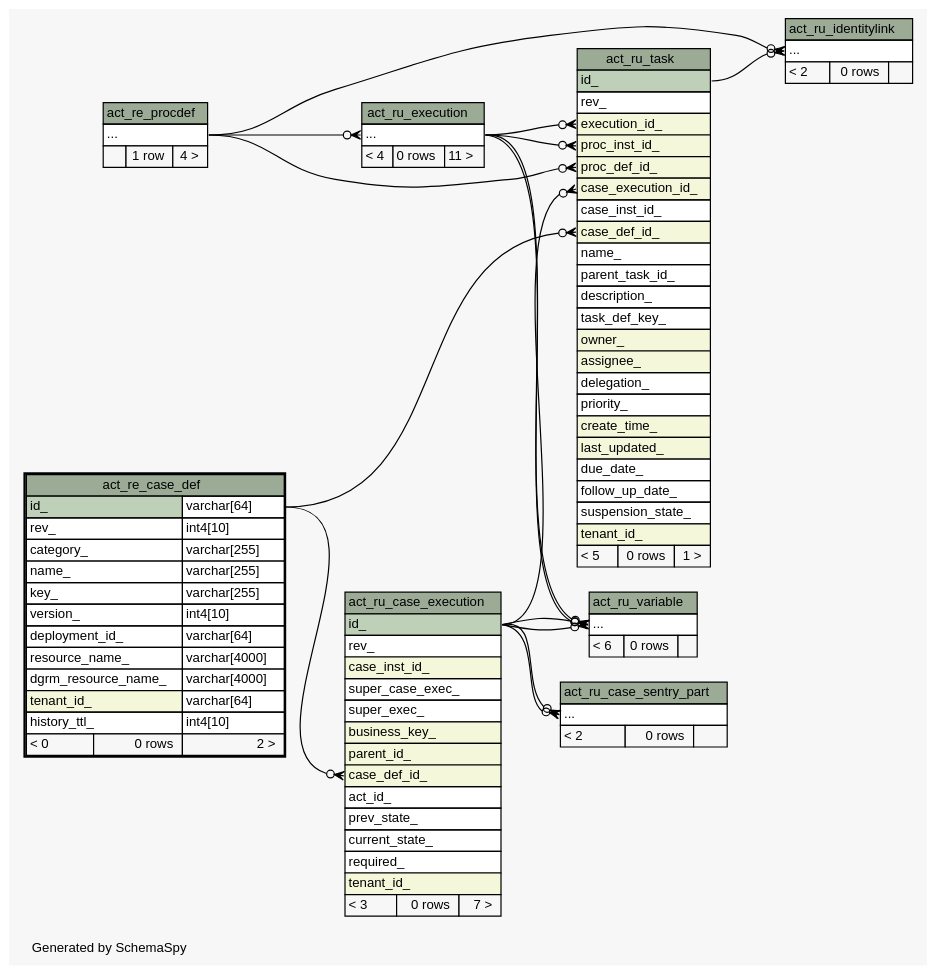
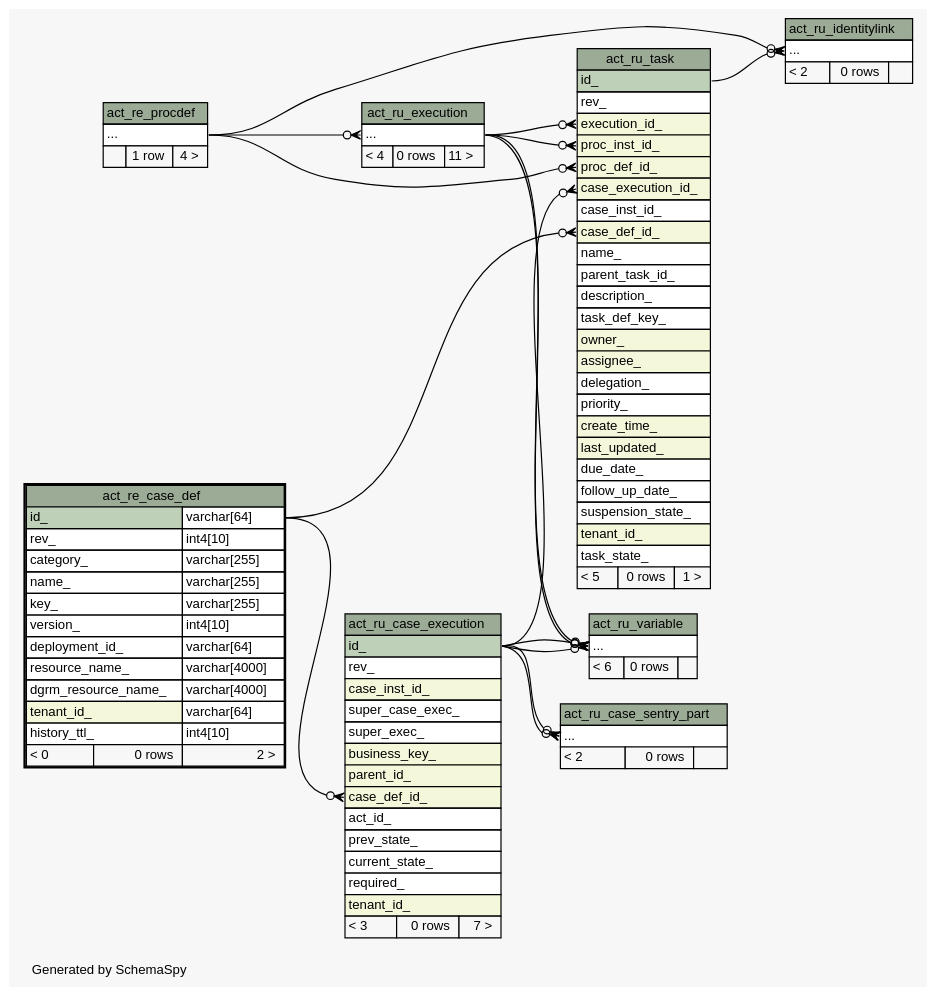
One commit to openwms/org.openwms.tms.routing.lib changed the diagram in 2.0.0-SNAPSHOT/schemaspy/diagrams/act_re_case_def.2degrees.dot. Above: the diagram before and after it, drawn with Graphviz. The commit also changed 614 other files, not shown here.

```diff
--- a/2.0.0-SNAPSHOT/schemaspy/diagrams/act_re_case_def.2degrees.dot
+++ b/2.0.0-SNAPSHOT/schemaspy/diagrams/act_re_case_def.2degrees.dot
@@ -1,160 +1,161 @@
 // dot 2.43.0 on Linux 6.5.0-1025-azure
 // SchemaSpy rev Unknown
 digraph "twoDegreesRelationshipsDiagram" {
   graph [
     rankdir="RL"
     bgcolor="#f7f7f7"
     label="\nGenerated by SchemaSpy"
     labeljust="l"
     nodesep="0.18"
     ranksep="0.46"
     fontname="Helvetica"
     fontsize="11"
   ];
   node [
     fontname="Helvetica"
     fontsize="11"
     shape="plaintext"
   ];
   edge [
     arrowsize="0.8"
   ];
   "act_ru_case_execution":"case_def_id_":w -> "act_re_case_def":"id_.type":e [arrowhead=none dir=back arrowtail=crowodot];
   "act_ru_case_sentry_part":"elipses":w -> "act_ru_case_execution":"id_":e [arrowhead=none dir=back arrowtail=crowodot];
   "act_ru_case_sentry_part":"elipses":w -> "act_ru_case_execution":"id_":e [arrowhead=none dir=back arrowtail=crowodot];
   "act_ru_execution":"elipses":w -> "act_re_procdef":"elipses":e [arrowhead=none dir=back arrowtail=crowodot];
   "act_ru_identitylink":"elipses":w -> "act_re_procdef":"elipses":e [arrowhead=none dir=back arrowtail=crowodot];
   "act_ru_identitylink":"elipses":w -> "act_ru_task":"id_":e [arrowhead=none dir=back arrowtail=crowodot];
   "act_ru_task":"case_def_id_":w -> "act_re_case_def":"id_.type":e [arrowhead=none dir=back arrowtail=crowodot];
   "act_ru_task":"case_execution_id_":w -> "act_ru_case_execution":"id_":e [arrowhead=none dir=back arrowtail=crowodot];
   "act_ru_task":"execution_id_":w -> "act_ru_execution":"elipses":e [arrowhead=none dir=back arrowtail=crowodot];
   "act_ru_task":"proc_def_id_":w -> "act_re_procdef":"elipses":e [arrowhead=none dir=back arrowtail=crowodot];
   "act_ru_task":"proc_inst_id_":w -> "act_ru_execution":"elipses":e [arrowhead=none dir=back arrowtail=crowodot];
   "act_ru_variable":"elipses":w -> "act_ru_case_execution":"id_":e [arrowhead=none dir=back arrowtail=crowodot];
   "act_ru_variable":"elipses":w -> "act_ru_case_execution":"id_":e [arrowhead=none dir=back arrowtail=crowodot];
   "act_ru_variable":"elipses":w -> "act_ru_execution":"elipses":e [arrowhead=none dir=back arrowtail=crowodot];
   "act_ru_variable":"elipses":w -> "act_ru_execution":"elipses":e [arrowhead=none dir=back arrowtail=crowodot];
   "act_re_case_def" [
     label=<
     <TABLE BORDER="2" CELLBORDER="1" CELLSPACING="0" BGCOLOR="#ffffff">
       <TR><TD COLSPAN="3" BGCOLOR="#9bab96" ALIGN="CENTER">act_re_case_def</TD></TR>
       <TR><TD PORT="id_" COLSPAN="2" BGCOLOR="#bed1b8" ALIGN="LEFT">id_</TD><TD PORT="id_.type" ALIGN="LEFT">varchar[64]</TD></TR>
       <TR><TD PORT="rev_" COLSPAN="2" ALIGN="LEFT">rev_</TD><TD PORT="rev_.type" ALIGN="LEFT">int4[10]</TD></TR>
       <TR><TD PORT="category_" COLSPAN="2" ALIGN="LEFT">category_</TD><TD PORT="category_.type" ALIGN="LEFT">varchar[255]</TD></TR>
       <TR><TD PORT="name_" COLSPAN="2" ALIGN="LEFT">name_</TD><TD PORT="name_.type" ALIGN="LEFT">varchar[255]</TD></TR>
       <TR><TD PORT="key_" COLSPAN="2" ALIGN="LEFT">key_</TD><TD PORT="key_.type" ALIGN="LEFT">varchar[255]</TD></TR>
       <TR><TD PORT="version_" COLSPAN="2" ALIGN="LEFT">version_</TD><TD PORT="version_.type" ALIGN="LEFT">int4[10]</TD></TR>
       <TR><TD PORT="deployment_id_" COLSPAN="2" ALIGN="LEFT">deployment_id_</TD><TD PORT="deployment_id_.type" ALIGN="LEFT">varchar[64]</TD></TR>
       <TR><TD PORT="resource_name_" COLSPAN="2" ALIGN="LEFT">resource_name_</TD><TD PORT="resource_name_.type" ALIGN="LEFT">varchar[4000]</TD></TR>
       <TR><TD PORT="dgrm_resource_name_" COLSPAN="2" ALIGN="LEFT">dgrm_resource_name_</TD><TD PORT="dgrm_resource_name_.type" ALIGN="LEFT">varchar[4000]</TD></TR>
       <TR><TD PORT="tenant_id_" COLSPAN="2" BGCOLOR="#f4f7da" ALIGN="LEFT">tenant_id_</TD><TD PORT="tenant_id_.type" ALIGN="LEFT">varchar[64]</TD></TR>
       <TR><TD PORT="history_ttl_" COLSPAN="2" ALIGN="LEFT">history_ttl_</TD><TD PORT="history_ttl_.type" ALIGN="LEFT">int4[10]</TD></TR>
       <TR><TD ALIGN="LEFT" BGCOLOR="#f7f7f7">&lt; 0</TD><TD ALIGN="RIGHT" BGCOLOR="#f7f7f7">0 rows</TD><TD ALIGN="RIGHT" BGCOLOR="#f7f7f7">2 &gt;</TD></TR>
     </TABLE>>
     URL="act_re_case_def.html"
     tooltip="act_re_case_def"
   ];
   "act_re_procdef" [
     label=<
     <TABLE BORDER="0" CELLBORDER="1" CELLSPACING="0" BGCOLOR="#ffffff">
       <TR><TD COLSPAN="3" BGCOLOR="#9bab96" ALIGN="CENTER">act_re_procdef</TD></TR>
       <TR><TD PORT="elipses" COLSPAN="3" ALIGN="LEFT">...</TD></TR>
       <TR><TD ALIGN="LEFT" BGCOLOR="#f7f7f7">  </TD><TD ALIGN="RIGHT" BGCOLOR="#f7f7f7">1 row</TD><TD ALIGN="RIGHT" BGCOLOR="#f7f7f7">4 &gt;</TD></TR>
     </TABLE>>
     URL="act_re_procdef.html"
     tooltip="act_re_procdef"
   ];
   "act_ru_case_execution" [
     label=<
     <TABLE BORDER="0" CELLBORDER="1" CELLSPACING="0" BGCOLOR="#ffffff">
       <TR><TD COLSPAN="3" BGCOLOR="#9bab96" ALIGN="CENTER">act_ru_case_execution</TD></TR>
       <TR><TD PORT="id_" COLSPAN="3" BGCOLOR="#bed1b8" ALIGN="LEFT">id_</TD></TR>
       <TR><TD PORT="rev_" COLSPAN="3" ALIGN="LEFT">rev_</TD></TR>
       <TR><TD PORT="case_inst_id_" COLSPAN="3" BGCOLOR="#f4f7da" ALIGN="LEFT">case_inst_id_</TD></TR>
       <TR><TD PORT="super_case_exec_" COLSPAN="3" ALIGN="LEFT">super_case_exec_</TD></TR>
       <TR><TD PORT="super_exec_" COLSPAN="3" ALIGN="LEFT">super_exec_</TD></TR>
       <TR><TD PORT="business_key_" COLSPAN="3" BGCOLOR="#f4f7da" ALIGN="LEFT">business_key_</TD></TR>
       <TR><TD PORT="parent_id_" COLSPAN="3" BGCOLOR="#f4f7da" ALIGN="LEFT">parent_id_</TD></TR>
       <TR><TD PORT="case_def_id_" COLSPAN="3" BGCOLOR="#f4f7da" ALIGN="LEFT">case_def_id_</TD></TR>
       <TR><TD PORT="act_id_" COLSPAN="3" ALIGN="LEFT">act_id_</TD></TR>
       <TR><TD PORT="prev_state_" COLSPAN="3" ALIGN="LEFT">prev_state_</TD></TR>
       <TR><TD PORT="current_state_" COLSPAN="3" ALIGN="LEFT">current_state_</TD></TR>
       <TR><TD PORT="required_" COLSPAN="3" ALIGN="LEFT">required_</TD></TR>
       <TR><TD PORT="tenant_id_" COLSPAN="3" BGCOLOR="#f4f7da" ALIGN="LEFT">tenant_id_</TD></TR>
       <TR><TD ALIGN="LEFT" BGCOLOR="#f7f7f7">&lt; 3</TD><TD ALIGN="RIGHT" BGCOLOR="#f7f7f7">0 rows</TD><TD ALIGN="RIGHT" BGCOLOR="#f7f7f7">7 &gt;</TD></TR>
     </TABLE>>
     URL="act_ru_case_execution.html"
     tooltip="act_ru_case_execution"
   ];
   "act_ru_case_sentry_part" [
     label=<
     <TABLE BORDER="0" CELLBORDER="1" CELLSPACING="0" BGCOLOR="#ffffff">
       <TR><TD COLSPAN="3" BGCOLOR="#9bab96" ALIGN="CENTER">act_ru_case_sentry_part</TD></TR>
       <TR><TD PORT="elipses" COLSPAN="3" ALIGN="LEFT">...</TD></TR>
       <TR><TD ALIGN="LEFT" BGCOLOR="#f7f7f7">&lt; 2</TD><TD ALIGN="RIGHT" BGCOLOR="#f7f7f7">0 rows</TD><TD ALIGN="RIGHT" BGCOLOR="#f7f7f7">  </TD></TR>
     </TABLE>>
     URL="act_ru_case_sentry_part.html"
     tooltip="act_ru_case_sentry_part"
   ];
   "act_ru_execution" [
     label=<
     <TABLE BORDER="0" CELLBORDER="1" CELLSPACING="0" BGCOLOR="#ffffff">
       <TR><TD COLSPAN="3" BGCOLOR="#9bab96" ALIGN="CENTER">act_ru_execution</TD></TR>
       <TR><TD PORT="elipses" COLSPAN="3" ALIGN="LEFT">...</TD></TR>
       <TR><TD ALIGN="LEFT" BGCOLOR="#f7f7f7">&lt; 4</TD><TD ALIGN="RIGHT" BGCOLOR="#f7f7f7">0 rows</TD><TD ALIGN="RIGHT" BGCOLOR="#f7f7f7">11 &gt;</TD></TR>
     </TABLE>>
     URL="act_ru_execution.html"
     tooltip="act_ru_execution"
   ];
   "act_ru_identitylink" [
     label=<
     <TABLE BORDER="0" CELLBORDER="1" CELLSPACING="0" BGCOLOR="#ffffff">
       <TR><TD COLSPAN="3" BGCOLOR="#9bab96" ALIGN="CENTER">act_ru_identitylink</TD></TR>
       <TR><TD PORT="elipses" COLSPAN="3" ALIGN="LEFT">...</TD></TR>
       <TR><TD ALIGN="LEFT" BGCOLOR="#f7f7f7">&lt; 2</TD><TD ALIGN="RIGHT" BGCOLOR="#f7f7f7">0 rows</TD><TD ALIGN="RIGHT" BGCOLOR="#f7f7f7">  </TD></TR>
     </TABLE>>
     URL="act_ru_identitylink.html"
     tooltip="act_ru_identitylink"
   ];
   "act_ru_task" [
     label=<
     <TABLE BORDER="0" CELLBORDER="1" CELLSPACING="0" BGCOLOR="#ffffff">
       <TR><TD COLSPAN="3" BGCOLOR="#9bab96" ALIGN="CENTER">act_ru_task</TD></TR>
       <TR><TD PORT="id_" COLSPAN="3" BGCOLOR="#bed1b8" ALIGN="LEFT">id_</TD></TR>
       <TR><TD PORT="rev_" COLSPAN="3" ALIGN="LEFT">rev_</TD></TR>
       <TR><TD PORT="execution_id_" COLSPAN="3" BGCOLOR="#f4f7da" ALIGN="LEFT">execution_id_</TD></TR>
       <TR><TD PORT="proc_inst_id_" COLSPAN="3" BGCOLOR="#f4f7da" ALIGN="LEFT">proc_inst_id_</TD></TR>
       <TR><TD PORT="proc_def_id_" COLSPAN="3" BGCOLOR="#f4f7da" ALIGN="LEFT">proc_def_id_</TD></TR>
       <TR><TD PORT="case_execution_id_" COLSPAN="3" BGCOLOR="#f4f7da" ALIGN="LEFT">case_execution_id_</TD></TR>
       <TR><TD PORT="case_inst_id_" COLSPAN="3" ALIGN="LEFT">case_inst_id_</TD></TR>
       <TR><TD PORT="case_def_id_" COLSPAN="3" BGCOLOR="#f4f7da" ALIGN="LEFT">case_def_id_</TD></TR>
       <TR><TD PORT="name_" COLSPAN="3" ALIGN="LEFT">name_</TD></TR>
       <TR><TD PORT="parent_task_id_" COLSPAN="3" ALIGN="LEFT">parent_task_id_</TD></TR>
       <TR><TD PORT="description_" COLSPAN="3" ALIGN="LEFT">description_</TD></TR>
       <TR><TD PORT="task_def_key_" COLSPAN="3" ALIGN="LEFT">task_def_key_</TD></TR>
       <TR><TD PORT="owner_" COLSPAN="3" BGCOLOR="#f4f7da" ALIGN="LEFT">owner_</TD></TR>
       <TR><TD PORT="assignee_" COLSPAN="3" BGCOLOR="#f4f7da" ALIGN="LEFT">assignee_</TD></TR>
       <TR><TD PORT="delegation_" COLSPAN="3" ALIGN="LEFT">delegation_</TD></TR>
       <TR><TD PORT="priority_" COLSPAN="3" ALIGN="LEFT">priority_</TD></TR>
       <TR><TD PORT="create_time_" COLSPAN="3" BGCOLOR="#f4f7da" ALIGN="LEFT">create_time_</TD></TR>
       <TR><TD PORT="last_updated_" COLSPAN="3" BGCOLOR="#f4f7da" ALIGN="LEFT">last_updated_</TD></TR>
       <TR><TD PORT="due_date_" COLSPAN="3" ALIGN="LEFT">due_date_</TD></TR>
       <TR><TD PORT="follow_up_date_" COLSPAN="3" ALIGN="LEFT">follow_up_date_</TD></TR>
       <TR><TD PORT="suspension_state_" COLSPAN="3" ALIGN="LEFT">suspension_state_</TD></TR>
       <TR><TD PORT="tenant_id_" COLSPAN="3" BGCOLOR="#f4f7da" ALIGN="LEFT">tenant_id_</TD></TR>
+      <TR><TD PORT="task_state_" COLSPAN="3" ALIGN="LEFT">task_state_</TD></TR>
       <TR><TD ALIGN="LEFT" BGCOLOR="#f7f7f7">&lt; 5</TD><TD ALIGN="RIGHT" BGCOLOR="#f7f7f7">0 rows</TD><TD ALIGN="RIGHT" BGCOLOR="#f7f7f7">1 &gt;</TD></TR>
     </TABLE>>
     URL="act_ru_task.html"
     tooltip="act_ru_task"
   ];
   "act_ru_variable" [
     label=<
     <TABLE BORDER="0" CELLBORDER="1" CELLSPACING="0" BGCOLOR="#ffffff">
       <TR><TD COLSPAN="3" BGCOLOR="#9bab96" ALIGN="CENTER">act_ru_variable</TD></TR>
       <TR><TD PORT="elipses" COLSPAN="3" ALIGN="LEFT">...</TD></TR>
       <TR><TD ALIGN="LEFT" BGCOLOR="#f7f7f7">&lt; 6</TD><TD ALIGN="RIGHT" BGCOLOR="#f7f7f7">0 rows</TD><TD ALIGN="RIGHT" BGCOLOR="#f7f7f7">  </TD></TR>
     </TABLE>>
     URL="act_ru_variable.html"
     tooltip="act_ru_variable"
   ];
 }
```
